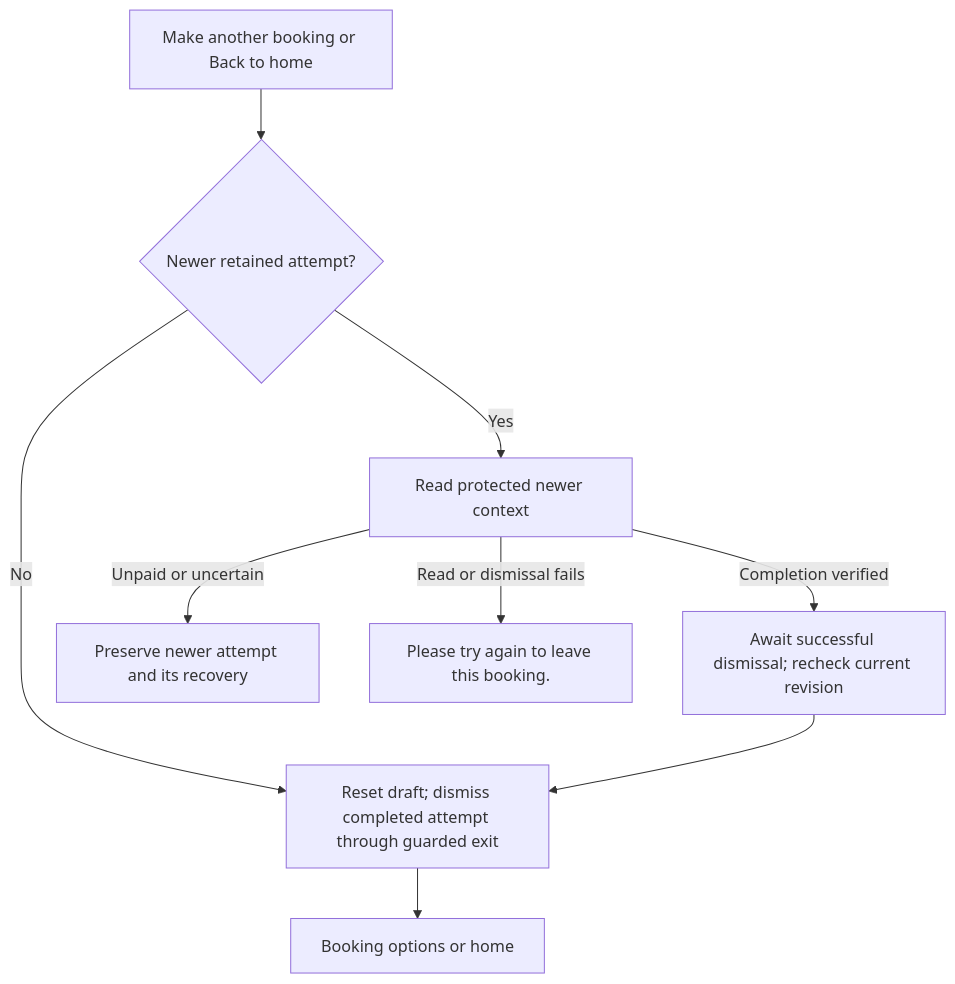
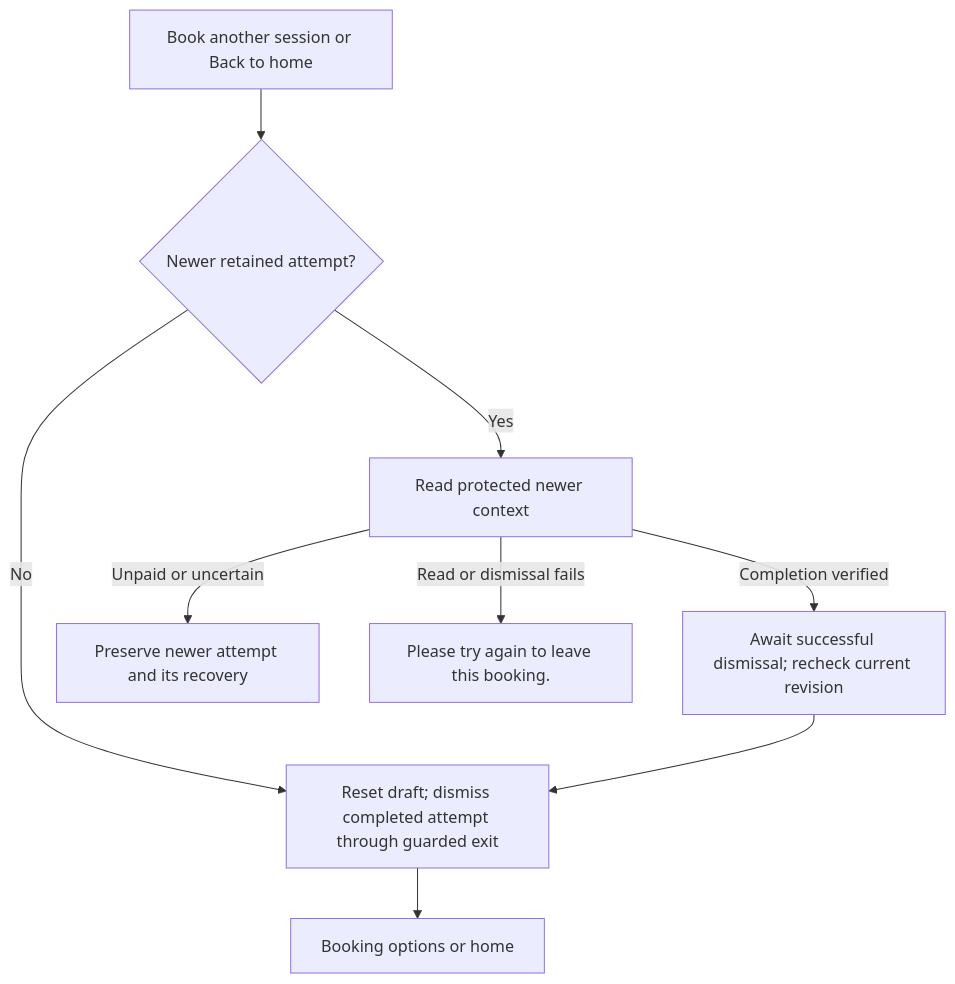
One commit to soccerbotstudiosg/soccerbotstudioSG changed diagram 16 of 19 in docs/booking-flows.md. Above: the diagram before and after it, drawn with Mermaid. The commit also changed other lines of this file and 49 other files, not shown here.

````diff
--- a/docs/booking-flows.md
+++ b/docs/booking-flows.md
@@ -288,11 +290,11 @@
 ```mermaid
 flowchart TD
-  A["Make another booking or Back to home"] --> B{"Newer retained attempt?"}
+  A["Book another session or Back to home"] --> B{"Newer retained attempt?"}
   B -->|No| C["Reset draft; dismiss completed attempt through guarded exit"]
   B -->|Yes| D["Read protected newer context"]
   D -->|Completion verified| E["Await successful dismissal; recheck current revision"]
   E --> C
   D -->|Unpaid or uncertain| F["Preserve newer attempt and its recovery"]
   D -->|Read or dismissal fails| G["Please try again to leave this booking."]
   C --> H["Booking options or home"]
 ```
````
